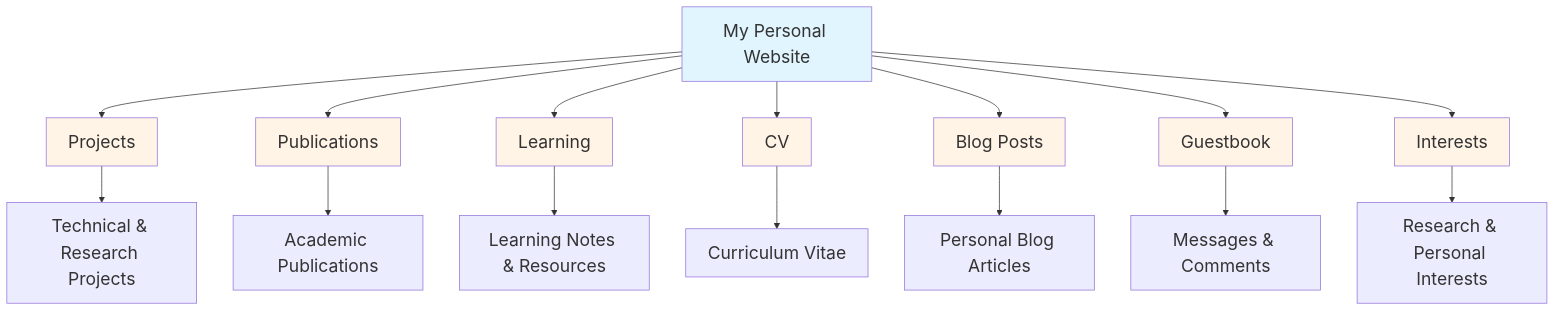
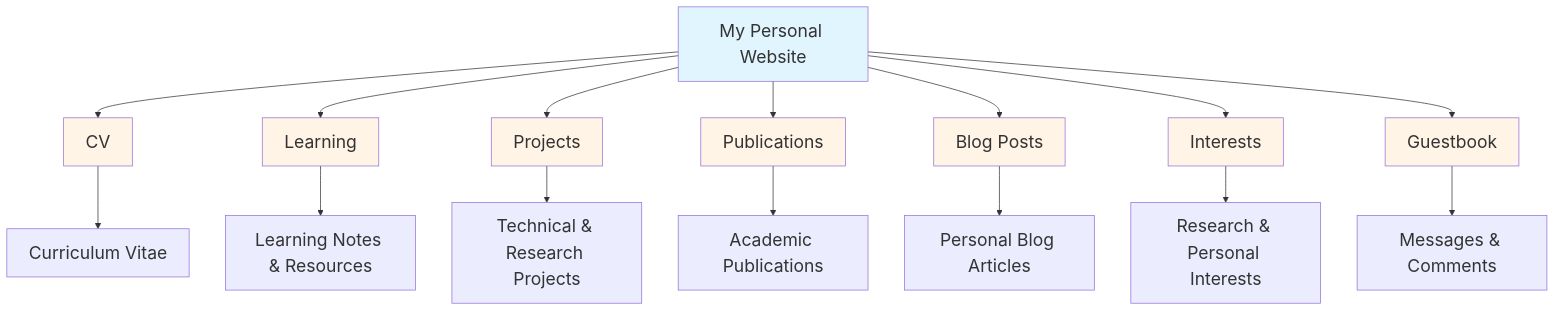
The diagram in _pages/about.md (Anthony-Li-Anran/Anthony-Li-Anran.github.io), drawn with Mermaid before and after one commit. The commit also changed other lines of this file, not shown here.

Commit message:
Adjusted the sequence of some items

````diff
--- a/_pages/about.md
+++ b/_pages/about.md
@@ -15,34 +15,34 @@
 ```mermaid
 ---
 config:
   theme: 'default'
   themeVariables:
     fontSize: '24px'
     fontFamily: 'Comic Sans MS'
 ---
 graph TD
-    A[My Personal Website] --> B[Projects]
-    A --> C[Publications]
-    A --> D[Learning]
-    A --> E[CV]
+    A[My Personal Website] --> B[CV]
+    A --> C[Learning]
+    A --> D[Projects]
+    A --> E[Publications]
     A --> F[Blog Posts]
-    A --> G[Guestbook]
-    A --> H[Interests]
+    A --> G[Interests]
+    A --> H[Guestbook]
     
-    B --> B1[Technical & Research Projects]
-    C --> C1[Academic Publications]
-    D --> D1[Learning Notes & Resources]
-    E --> E1[Curriculum Vitae]
+    B --> B1[Curriculum Vitae]
+    C --> C1[Learning Notes & Resources]
+    D --> D1[Technical & Research Projects]
+    E --> E1[Academic Publications]
     F --> F1[Personal Blog Articles]
-    G --> G1[Messages & Comments]
-    H --> H1[Research & Personal Interests]
+    G --> G1[Research & Personal Interests]
+    H --> H1[Messages & Comments]
     
     style A fill:#e1f5ff
     style B fill:#fff4e6
     style C fill:#fff4e6
     style D fill:#fff4e6
     style E fill:#fff4e6
     style F fill:#fff4e6
     style G fill:#fff4e6
     style H fill:#fff4e6
 ```
````
